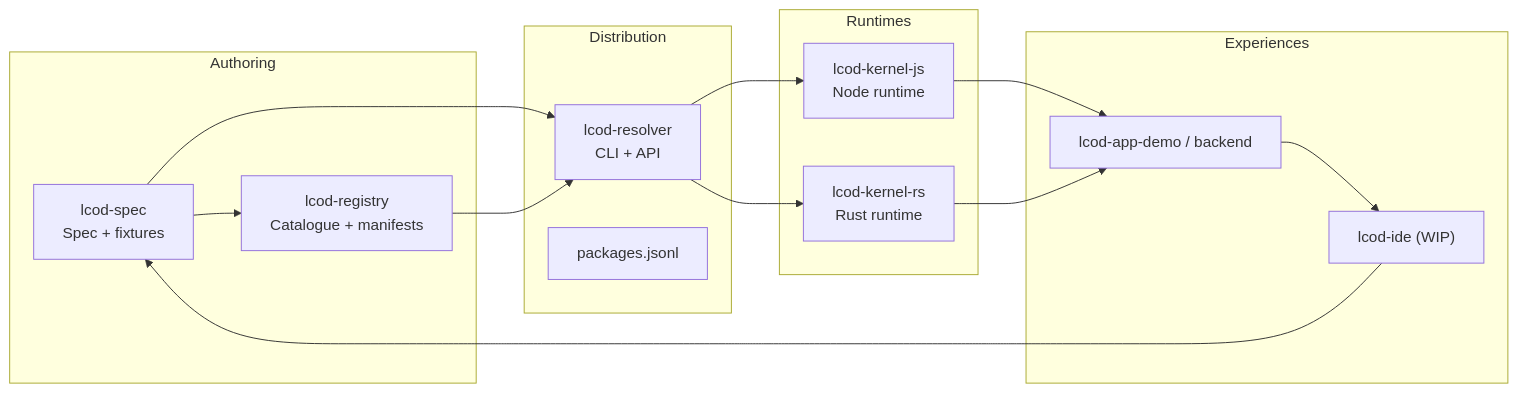
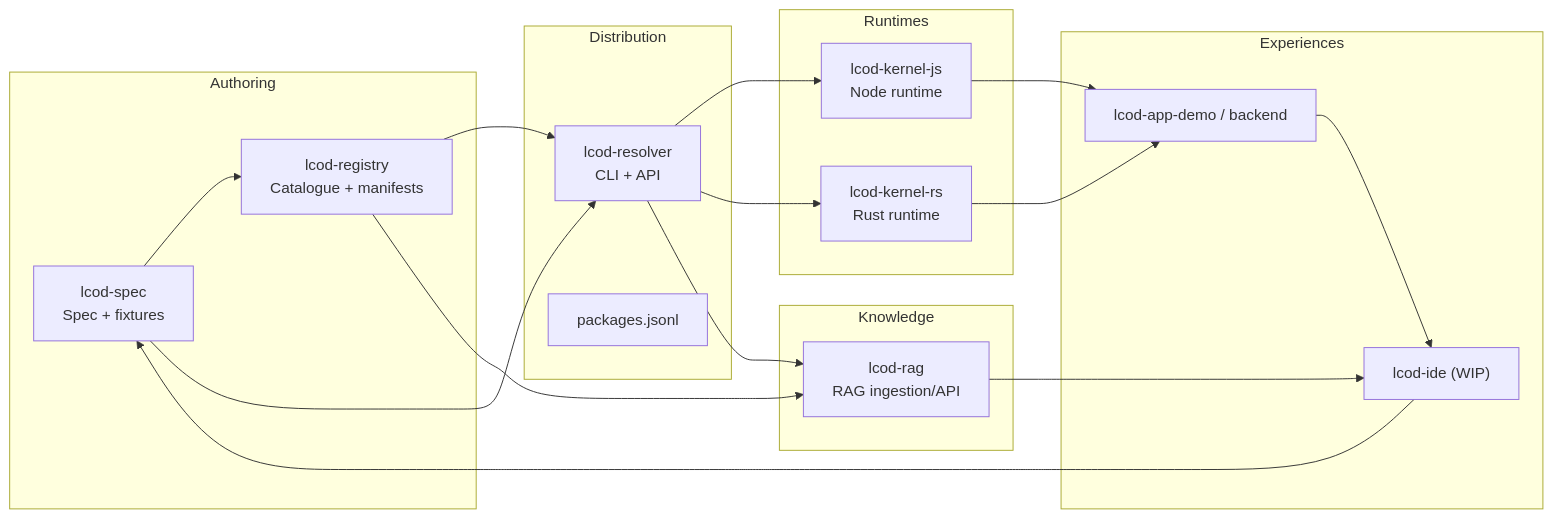
The diagram in profile/README.md (lcod-team/.github), drawn with Mermaid before and after one commit. The commit also changed other lines of this file, not shown here.

Commit message:
docs: reference lcod-rag in org profile

````diff
--- a/profile/README.md
+++ b/profile/README.md
@@ -17,28 +17,34 @@
 ```mermaid
 flowchart LR
     subgraph Authoring
         spec["lcod-spec<br/>Spec + fixtures"]
         registry["lcod-registry<br/>Catalogue + manifests"]
     end
     subgraph Distribution
         resolver["lcod-resolver<br/>CLI + API"]
         catalogue["packages.jsonl"]
     end
     subgraph Runtimes
         kernelJS["lcod-kernel-js<br/>Node runtime"]
         kernelRS["lcod-kernel-rs<br/>Rust runtime"]
     end
+    subgraph Knowledge
+        rag["lcod-rag<br/>RAG ingestion/API"]
+    end
     subgraph Experiences
         demos["lcod-app-demo / backend"]
         ide["lcod-ide (WIP)"]
     end
     spec --> registry
     spec --> resolver
     registry --> resolver
     resolver --> kernelJS
     resolver --> kernelRS
+    resolver --> rag
+    registry --> rag
     kernelJS --> demos
     kernelRS --> demos
+    rag --> ide
     demos --> ide
     ide --> spec
 ```
````
